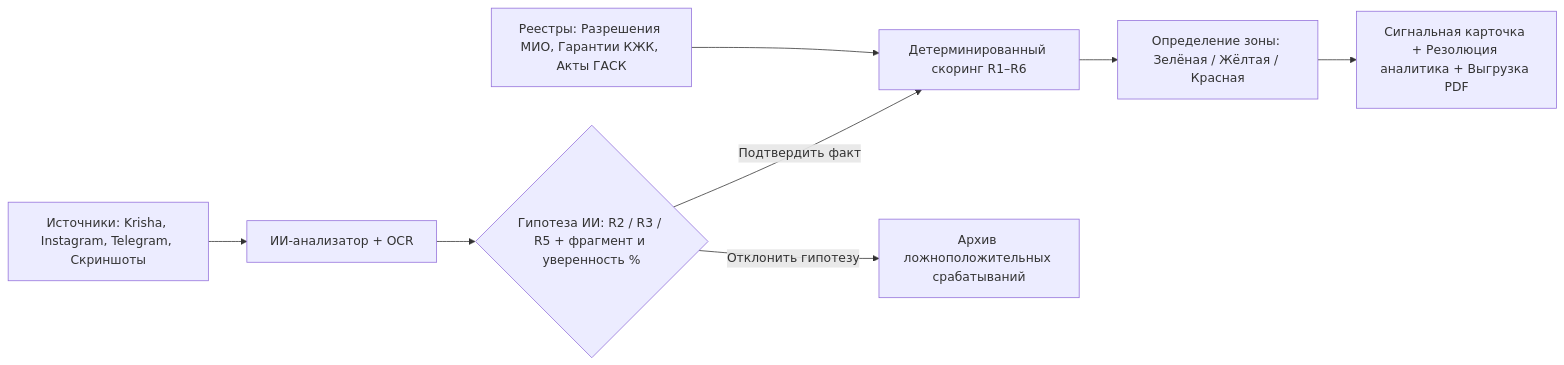
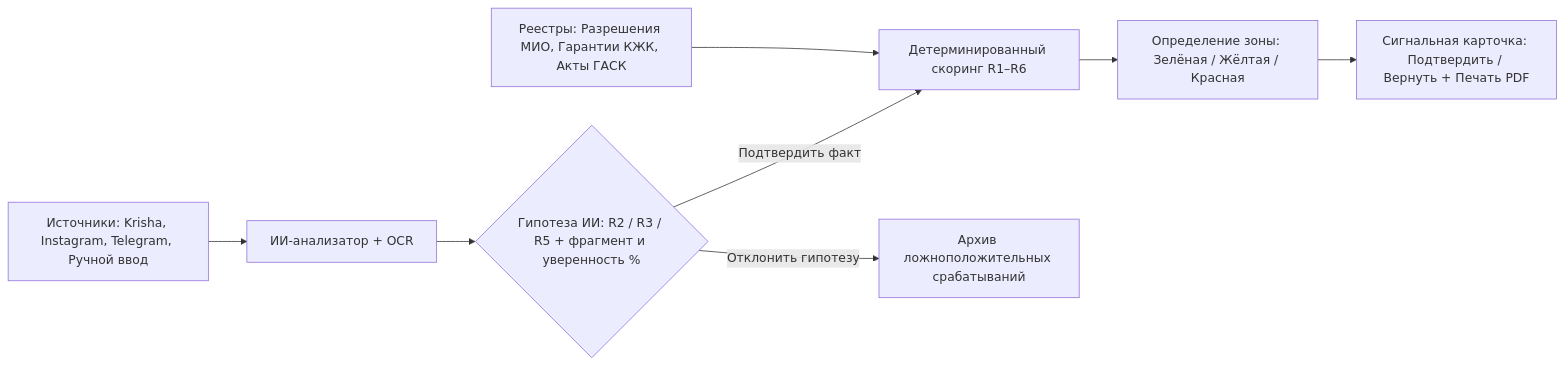
The diagram in README.md (Raul894123/ClearBuild), drawn with Mermaid before and after one commit. The commit also changed other lines of this file and 3 other files, not shown here.

````diff
--- a/README.md
+++ b/README.md
@@ -23,10 +26,10 @@
 ```mermaid
 flowchart LR
-    A["Источники: Krisha, Instagram, Telegram, Скриншоты"] --> B["ИИ-анализатор + OCR"]
+    A["Источники: Krisha, Instagram, Telegram, Ручной ввод"] --> B["ИИ-анализатор + OCR"]
     B --> C{"Гипотеза ИИ: R2 / R3 / R5 + фрагмент и уверенность %"}
     C -->|"Подтвердить факт"| D["Детерминированный скоринг R1–R6"]
     C -->|"Отклонить гипотезу"| E["Архив ложноположительных срабатываний"]
     F["Реестры: Разрешения МИО, Гарантии КЖК, Акты ГАСК"] --> D
     D --> G["Определение зоны: Зелёная / Жёлтая / Красная"]
-    G --> H["Сигнальная карточка + Резолюция аналитика + Выгрузка PDF"]
+    G --> H["Сигнальная карточка: Подтвердить / Вернуть + Печать PDF"]
 ```
````
